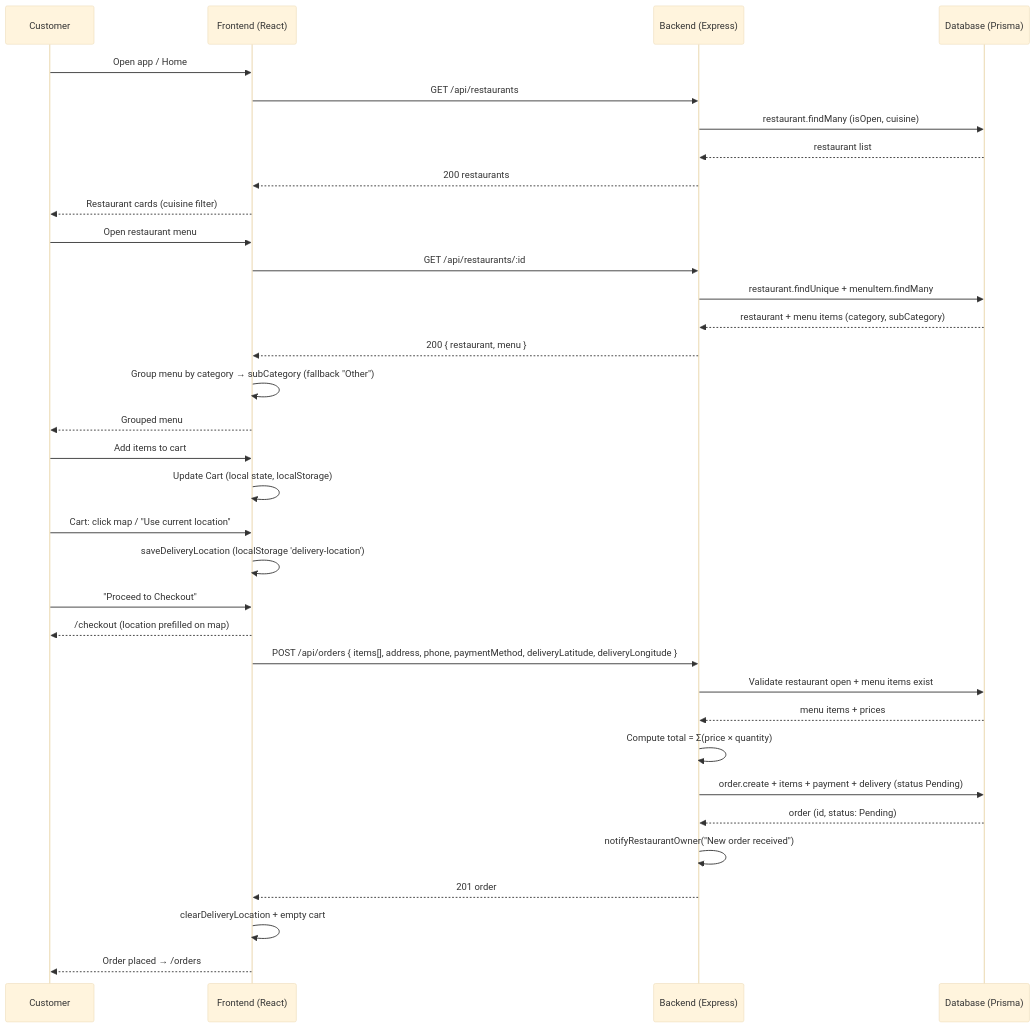
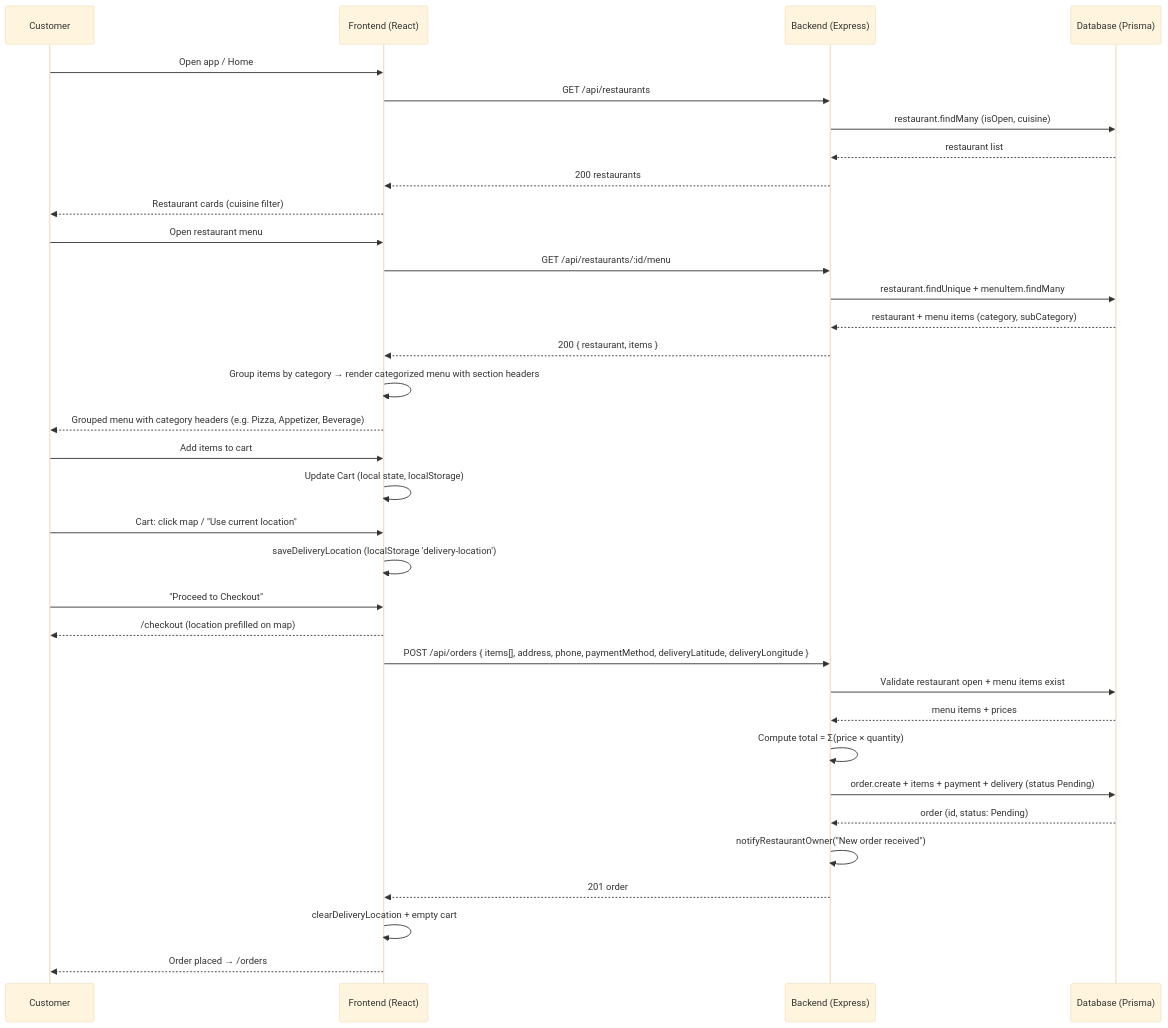
One commit to Saugatojha/food-delivery-frontend changed the fourth of 11 diagrams in SEQUENCE_DIAGRAMS.md. Above: the diagram before and after it, drawn with Mermaid (base theme). The commit also changed other lines of this file and 6 other files, not shown here.

First line of the commit message:
feat: categorized menu display and auto rider assignment on order confirmation

````diff
--- a/SEQUENCE_DIAGRAMS.md
+++ b/SEQUENCE_DIAGRAMS.md
@@ -118,39 +118,39 @@
 ```mermaid
 sequenceDiagram
     participant C as Customer
     participant F as Frontend (React)
     participant S as Backend (Express)
     participant D as Database (Prisma)
 
     C->>F: Open app / Home
     F->>S: GET /api/restaurants
     S->>D: restaurant.findMany (isOpen, cuisine)
     D-->>S: restaurant list
     S-->>F: 200 restaurants
     F-->>C: Restaurant cards (cuisine filter)
 
     C->>F: Open restaurant menu
-    F->>S: GET /api/restaurants/:id
+    F->>S: GET /api/restaurants/:id/menu
     S->>D: restaurant.findUnique + menuItem.findMany
     D-->>S: restaurant + menu items (category, subCategory)
-    S-->>F: 200 { restaurant, menu }
-    F->>F: Group menu by category → subCategory (fallback "Other")
-    F-->>C: Grouped menu
+    S-->>F: 200 { restaurant, items }
+    F->>F: Group items by category → render categorized menu with section headers
+    F-->>C: Grouped menu with category headers (e.g. Pizza, Appetizer, Beverage)
 
     C->>F: Add items to cart
     F->>F: Update Cart (local state, localStorage)
     C->>F: Cart: click map / "Use current location"
     F->>F: saveDeliveryLocation (localStorage 'delivery-location')
     C->>F: "Proceed to Checkout"
     F-->>C: /checkout (location prefilled on map)
     F->>S: POST /api/orders { items[], address, phone, paymentMethod, deliveryLatitude, deliveryLongitude }
     S->>D: Validate restaurant open + menu items exist
     D-->>S: menu items + prices
     S->>S: Compute total = Σ(price × quantity)
     S->>D: order.create + items + payment + delivery (status Pending)
     D-->>S: order (id, status: Pending)
     S->>S: notifyRestaurantOwner("New order received")
     S-->>F: 201 order
     F->>F: clearDeliveryLocation + empty cart
     F-->>C: Order placed → /orders
 ```
````
